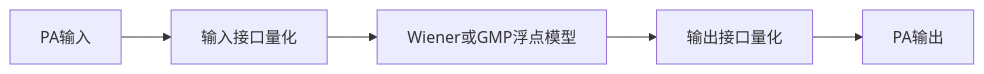
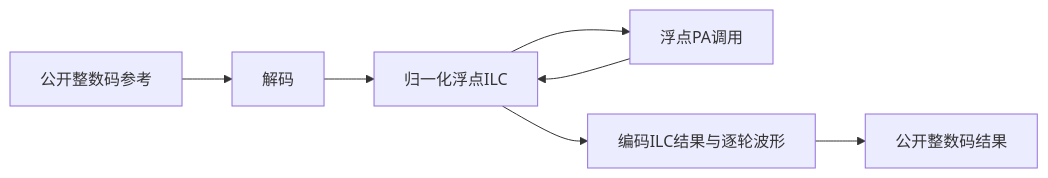
Before and after one commit to niyilu45/DPD_ILC: the third of 3 diagrams in doc/FixedPoint.md, drawn with Mermaid. The commit also changed other lines of this file and 17 other files, not shown here.

````diff
--- a/doc/FixedPoint.md
+++ b/doc/FixedPoint.md
@@ -177,7 +218,9 @@
 ```mermaid
 flowchart LR
-    input["PA输入"] --> qin["输入接口量化"]
-    qin --> pa["Wiener或GMP浮点模型"]
-    pa --> qout["输出接口量化"]
-    qout --> output["PA输出"]
+    publicReference["公开整数码参考"] --> decode["解码"]
+    decode --> ilc["归一化浮点ILC"]
+    ilc --> floatPa["浮点PA调用"]
+    floatPa --> ilc
+    ilc --> encode["编码ILC结果与逐轮波形"]
+    encode --> publicResult["公开整数码结果"]
 ```
````
